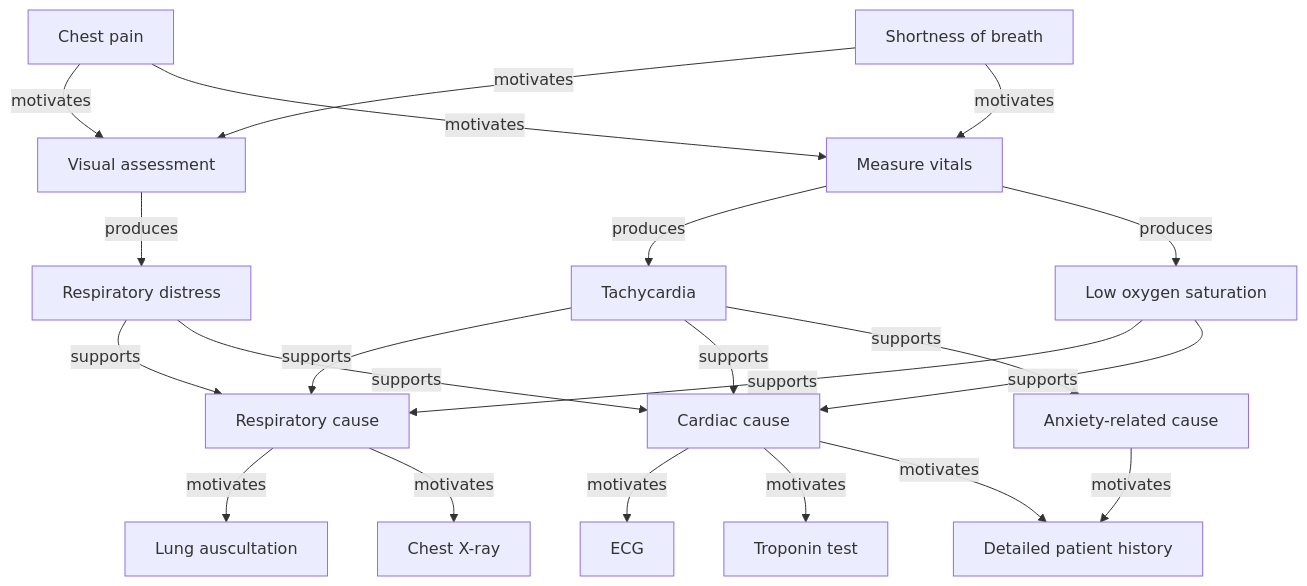
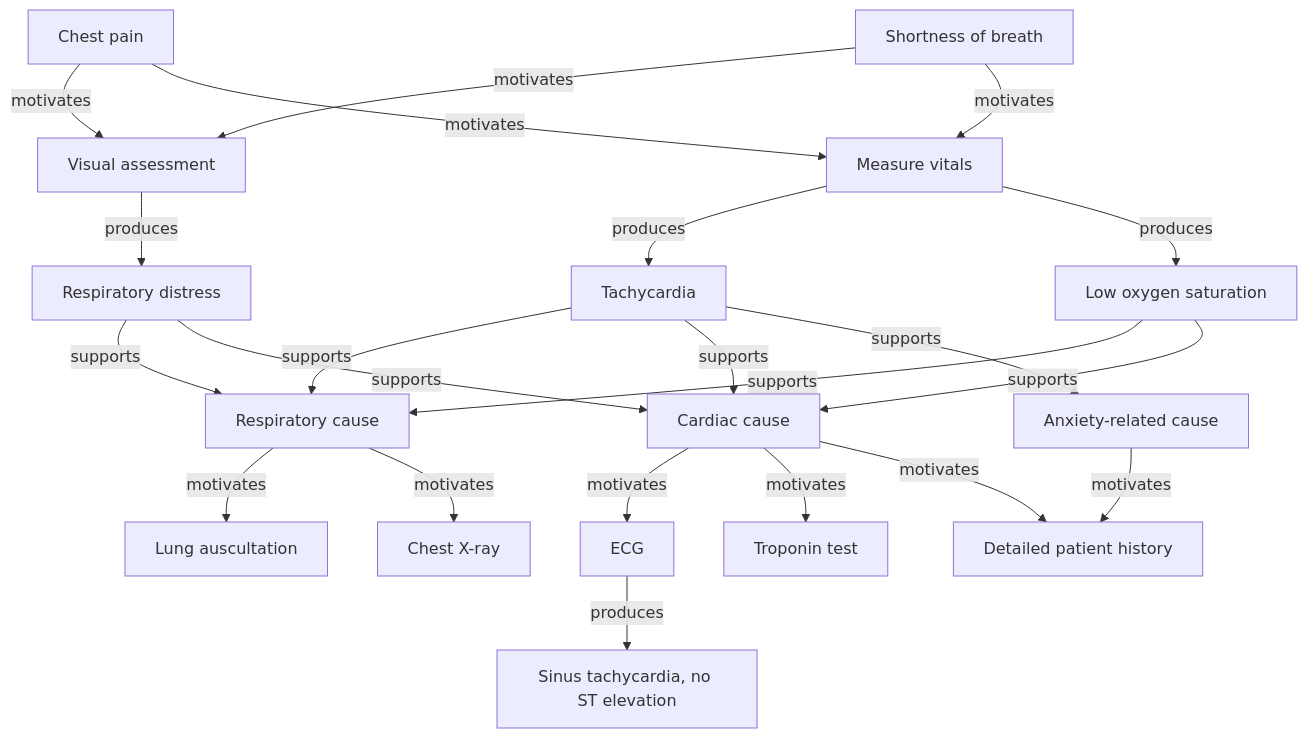
One commit to kahunacohen/why changed the diagram in diagrams/medical.mmd. Above: the diagram before and after it, drawn with Mermaid.

```diff
--- a/diagrams/medical.mmd
+++ b/diagrams/medical.mmd
@@ -1,58 +1,63 @@
 flowchart TD
 
 %% Initital complaints
 C1["Chest pain"]
 C2["Shortness of breath"]
   
 
 %% Investigative actions"]
 A1["Visual assessment"]
 A2["Measure vitals"]
 
 
 %% Initial complaints motivate...
 C1 -->|motivates| A1
 C2 -->|motivates| A1
 C1 -->|motivates| A2
 C2 -->|motivates| A2
 
 %% Observations
 O1["Respiratory distress"]
 O2["Tachycardia"]
 O3["Low oxygen saturation"]
   
 
 %% Measuring vitals produces observations
 A1 -->|produces| O1
 A2 -->|produces| O2
 A2 -->|produces| O3
 
 %% Hypotheses
 H1["Respiratory cause"]
 H2["Cardiac cause"]
 H3["Anxiety-related cause"]
 
 O1 -->|supports| H1
 O1 -->|supports| H2
 
 O2 -->|supports| H1
 O2 -->|supports| H2
 O2 -->|supports| H3
 
 O3 -->|supports| H1
 O3 -->|supports| H2
 
 A5["Lung auscultation"]
 A6["Chest X-ray"]
 H1 --> |motivates| A5
 H1 --> |motivates| A6
   
 A3["ECG"]
 A4["Troponin test"]
 
 H2 --> |motivates| A3
 H2 --> |motivates| A4
 
 A7["Detailed patient history"]
 H3 --> |motivates| A7
 H2 --> |motivates| A7
+
+%% What the last test results produce.
+%% EEG
+O4["Sinus tachycardia, no ST elevation"]
+A3 --> |produces| O4
```
